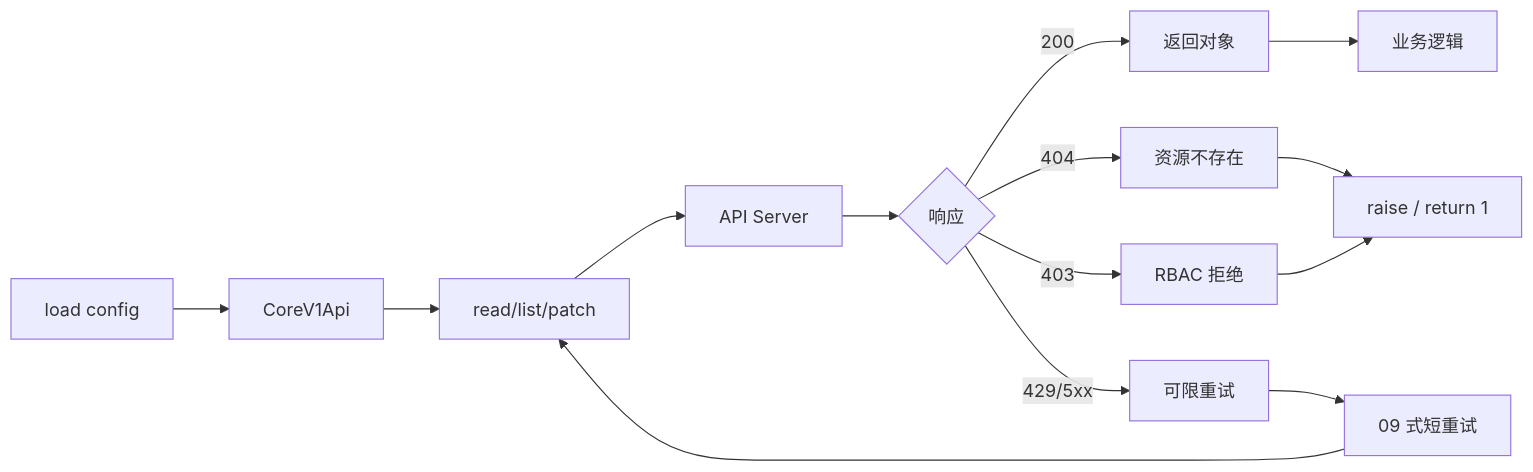
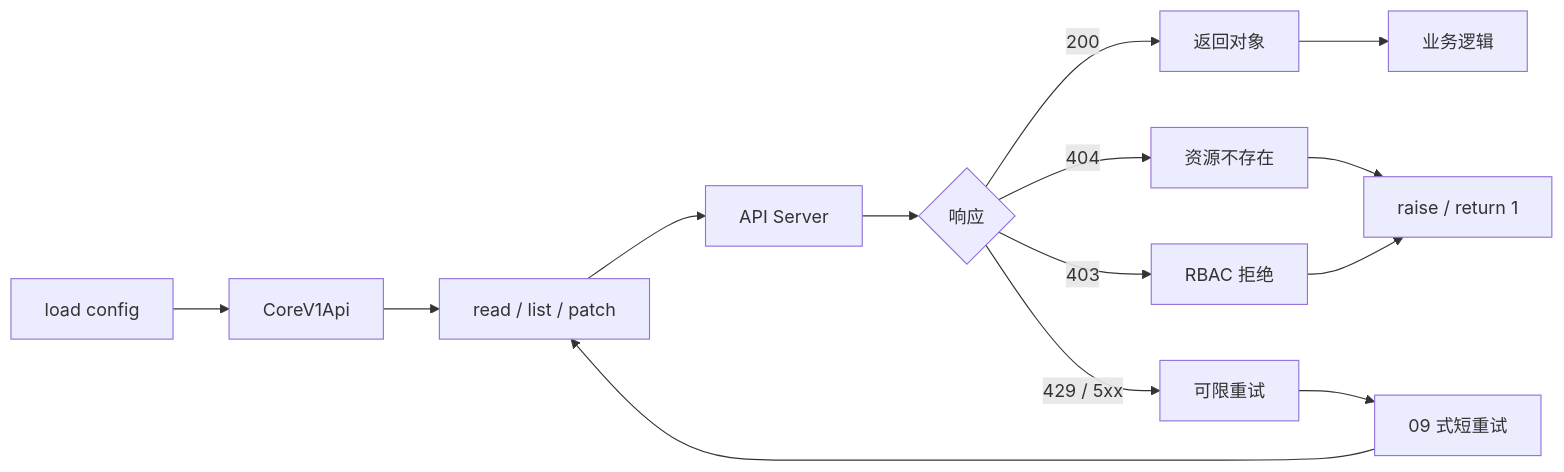
Before and after one commit to ml-cuizijun/LearnToLilith: the first of 3 diagrams in 05-开发能力/02-Python/12-K8s与云SDK调用/知识点.md, drawn with Mermaid. The commit also changed other lines of this file and 178 other files, not shown here.

````diff
--- a/05-开发能力/02-Python/12-K8s与云SDK调用/知识点.md
+++ b/05-开发能力/02-Python/12-K8s与云SDK调用/知识点.md
@@ -75,16 +86,16 @@
 ```mermaid
 flowchart LR
     A[load config] --> B[CoreV1Api]
-    B --> C[read/list/patch]
+    B --> C[read / list / patch]
     C --> D[API Server]
     D --> E{响应}
     E -->|200| F[返回对象]
     E -->|404| G[资源不存在]
     E -->|403| H[RBAC 拒绝]
-    E -->|429/5xx| I[可限重试]
+    E -->|429 / 5xx| I[可限重试]
     G --> J[raise / return 1]
     H --> J
     I --> K[09 式短重试]
     K --> C
     F --> L[业务逻辑]
 ```
````
